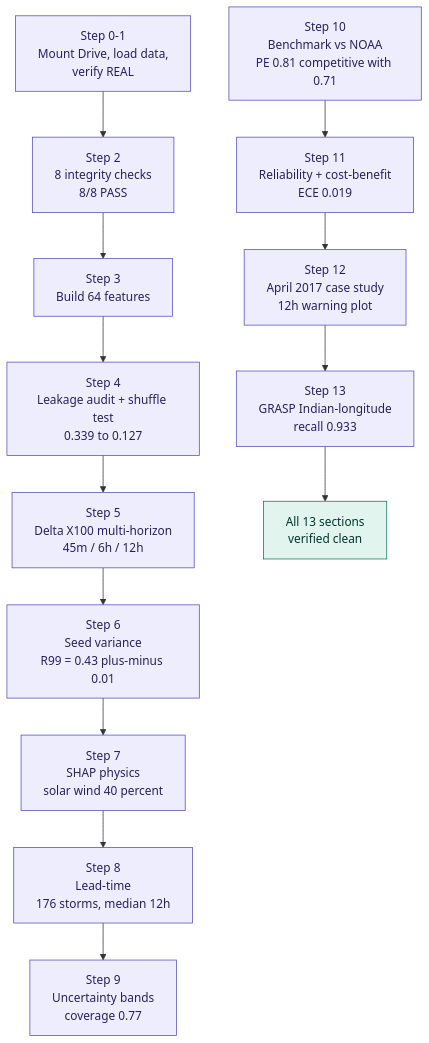
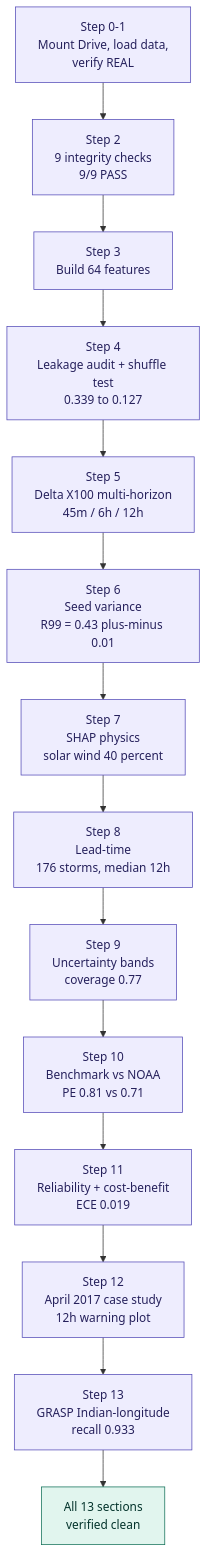
Before and after one commit to SHAURYASANYAL3/GEOshield: the third of 5 diagrams in README.md, drawn with Mermaid. The commit also changed other lines of this file and 1 other file, not shown here.

Commit message:
docs: update team name to AgniVyuha and refresh benchmark badge

````diff
--- a/README.md
+++ b/README.md
@@ -241,20 +241,20 @@
 ```mermaid
 flowchart TB
-    S0["Step 0-1<br/>Mount Drive, load data,<br/>verify REAL"] --> S2["Step 2<br/>8 integrity checks<br/>8/8 PASS"]
+    S0["Step 0-1<br/>Mount Drive, load data,<br/>verify REAL"] --> S2["Step 2<br/>9 integrity checks<br/>9/9 PASS"]
     S2 --> S3["Step 3<br/>Build 64 features"]
     S3 --> S4["Step 4<br/>Leakage audit + shuffle test<br/>0.339 to 0.127"]
     S4 --> S5["Step 5<br/>Delta X100 multi-horizon<br/>45m / 6h / 12h"]
     S5 --> S6["Step 6<br/>Seed variance<br/>R99 = 0.43 plus-minus 0.01"]
     S6 --> S7["Step 7<br/>SHAP physics<br/>solar wind 40 percent"]
     S7 --> S8["Step 8<br/>Lead-time<br/>176 storms, median 12h"]
     S8 --> S9["Step 9<br/>Uncertainty bands<br/>coverage 0.77"]
-    S10["Step 10<br/>Benchmark vs NOAA<br/>PE 0.81 competitive with 0.71"]
+    S9 --> S10["Step 10<br/>Benchmark vs NOAA<br/>PE 0.81 vs 0.71"]
     S10 --> S11["Step 11<br/>Reliability + cost-benefit<br/>ECE 0.019"]
     S11 --> S12["Step 12<br/>April 2017 case study<br/>12h warning plot"]
     S12 --> S13["Step 13<br/>GRASP Indian-longitude<br/>recall 0.933"]
     S13 --> DONE["All 13 sections<br/>verified clean"]
     classDef step fill:#EEEDFE,stroke:#534AB7,color:#26215C
     classDef done fill:#E1F5EE,stroke:#0F6E56,color:#04342C
     class S0,S2,S3,S4,S5,S6,S7,S8,S9,S10,S11,S12,S13 step
     class DONE done
 ```
````
